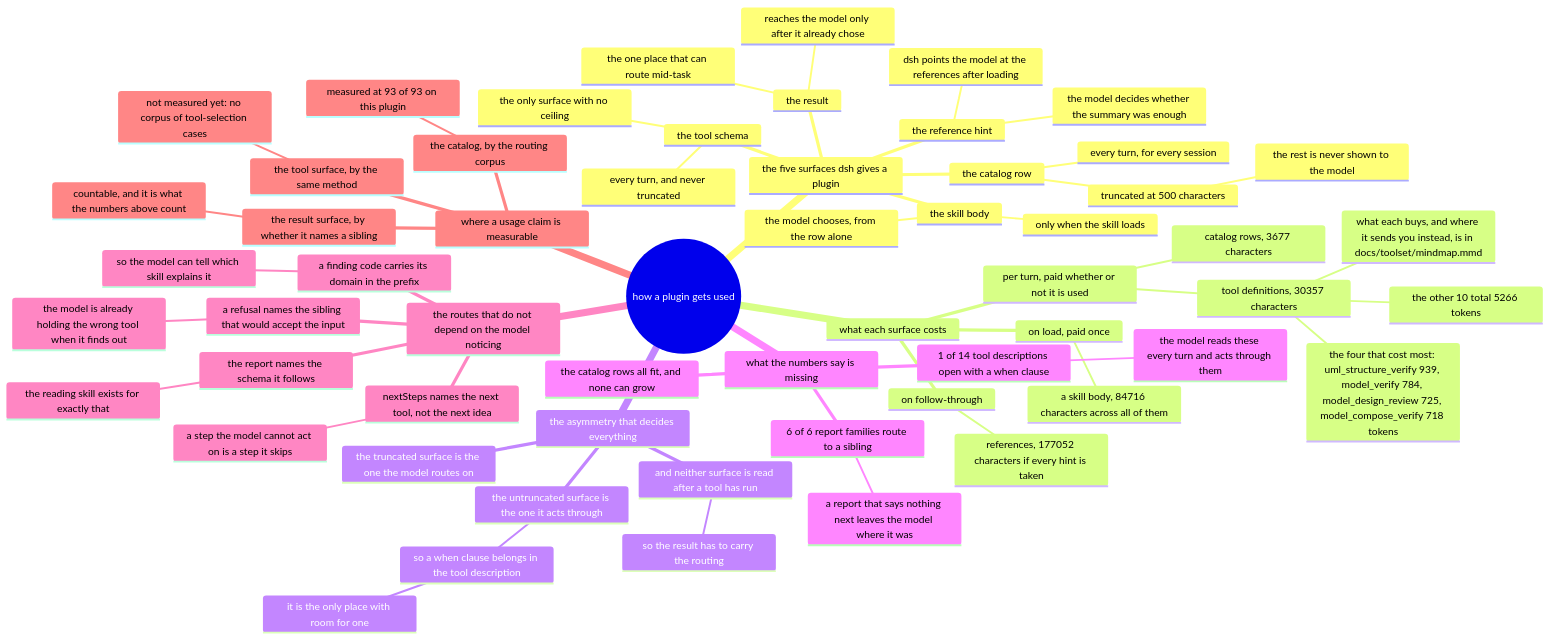
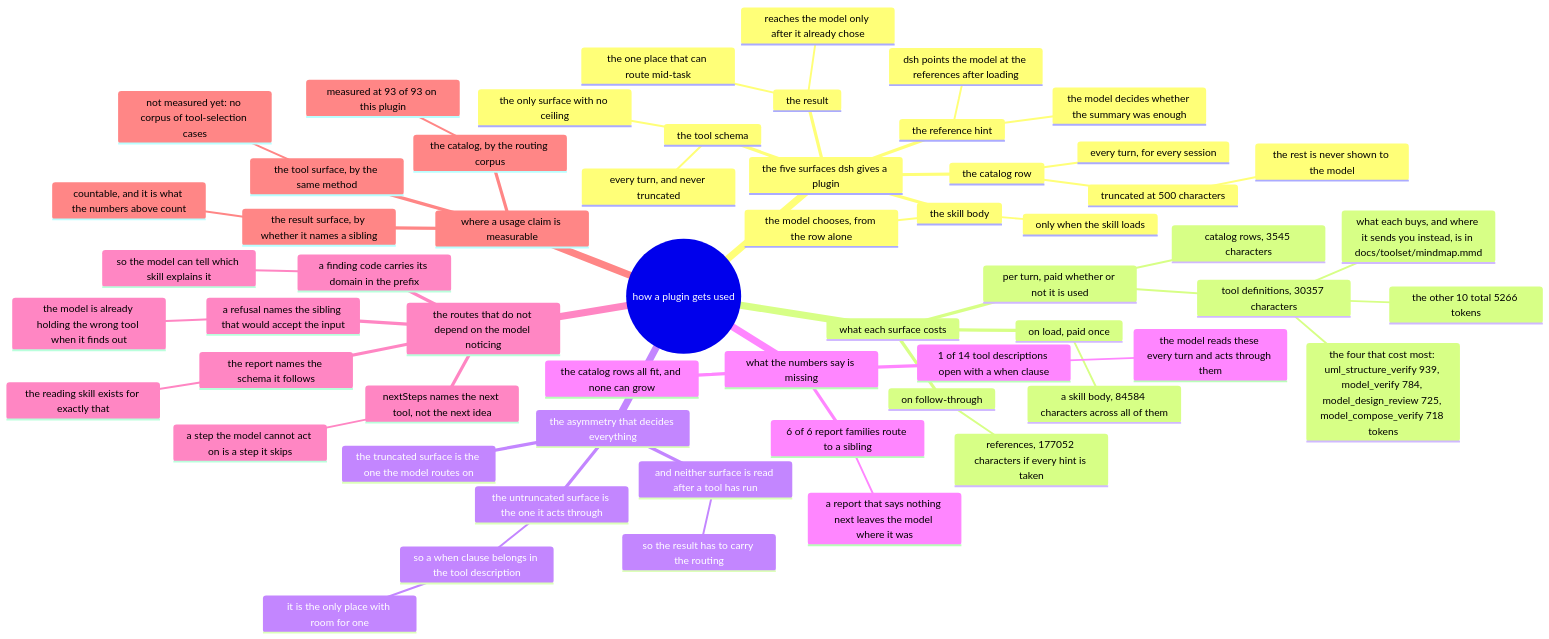
Before and after one commit to AmethystLuna/dsh-model-everything: the diagram in docs/usage/mindmap.mmd, drawn with Mermaid. The commit also changed 10 other files, not shown here.

First line of the commit message:
docs: put architecture visualisation in the headline, the intro and the store copy

```diff
--- a/docs/usage/mindmap.mmd
+++ b/docs/usage/mindmap.mmd
@@ -1,59 +1,59 @@
 mindmap
 root((how a plugin gets used))
   the five surfaces dsh gives a plugin
     the catalog row
       every turn, for every session
       truncated at 500 characters
         the rest is never shown to the model
     the skill body
       only when the skill loads
       the model chooses, from the row alone
     the reference hint
       dsh points the model at the references after loading
       the model decides whether the summary was enough
     the tool schema
       every turn, and never truncated
       the only surface with no ceiling
     the result
       reaches the model only after it already chose
       the one place that can route mid-task
   what each surface costs
     per turn, paid whether or not it is used
-      catalog rows, 3677 characters
+      catalog rows, 3545 characters
       tool definitions, 30357 characters
         the four that cost most: uml_structure_verify 939, model_verify 784, model_design_review 725, model_compose_verify 718 tokens
         the other 10 total 5266 tokens
         what each buys, and where it sends you instead, is in docs/toolset/mindmap.mmd
     on load, paid once
-      a skill body, 84716 characters across all of them
+      a skill body, 84584 characters across all of them
     on follow-through
       references, 177052 characters if every hint is taken
   the asymmetry that decides everything
     the truncated surface is the one the model routes on
     the untruncated surface is the one it acts through
       so a when clause belongs in the tool description
         it is the only place with room for one
     and neither surface is read after a tool has run
       so the result has to carry the routing
   what the numbers say is missing
     1 of 14 tool descriptions open with a when clause
       the model reads these every turn and acts through them
     6 of 6 report families route to a sibling
       a report that says nothing next leaves the model where it was
     the catalog rows all fit, and none can grow
   the routes that do not depend on the model noticing
     a refusal names the sibling that would accept the input
       the model is already holding the wrong tool when it finds out
     nextSteps names the next tool, not the next idea
       a step the model cannot act on is a step it skips
     a finding code carries its domain in the prefix
       so the model can tell which skill explains it
     the report names the schema it follows
       the reading skill exists for exactly that
   where a usage claim is measurable
     the catalog, by the routing corpus
       measured at 93 of 93 on this plugin
     the tool surface, by the same method
       not measured yet: no corpus of tool-selection cases
     the result surface, by whether it names a sibling
       countable, and it is what the numbers above count
```
